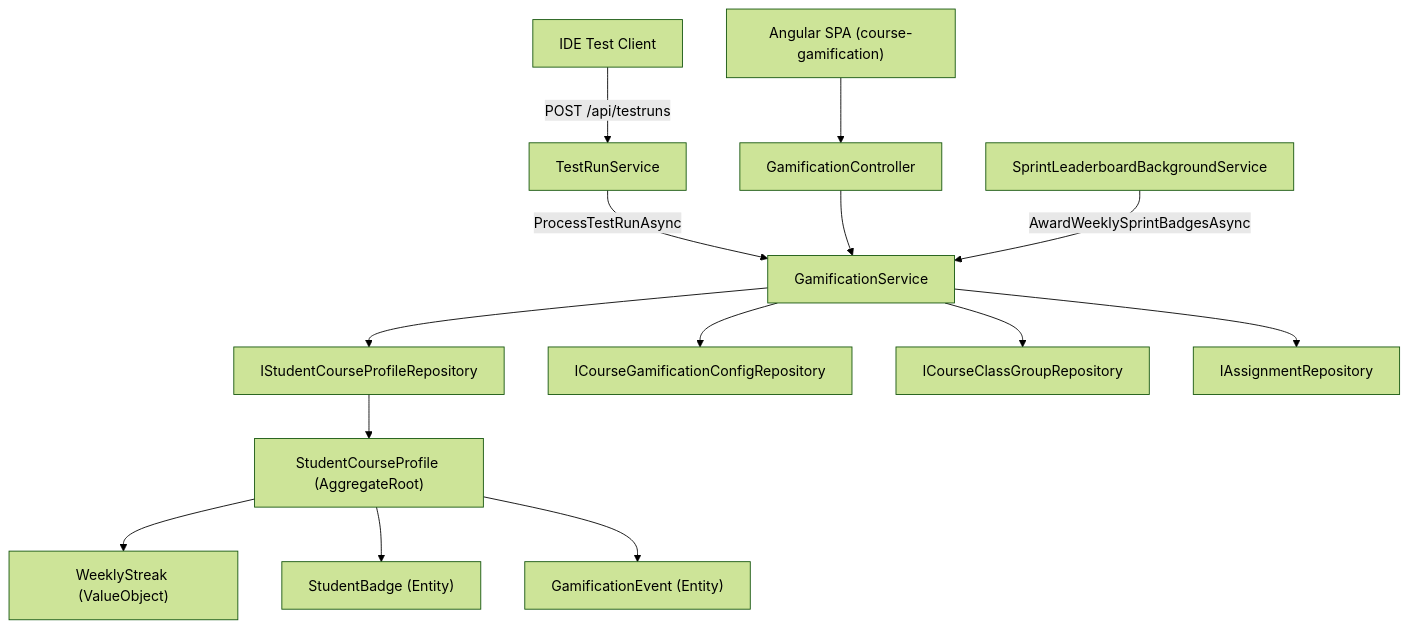
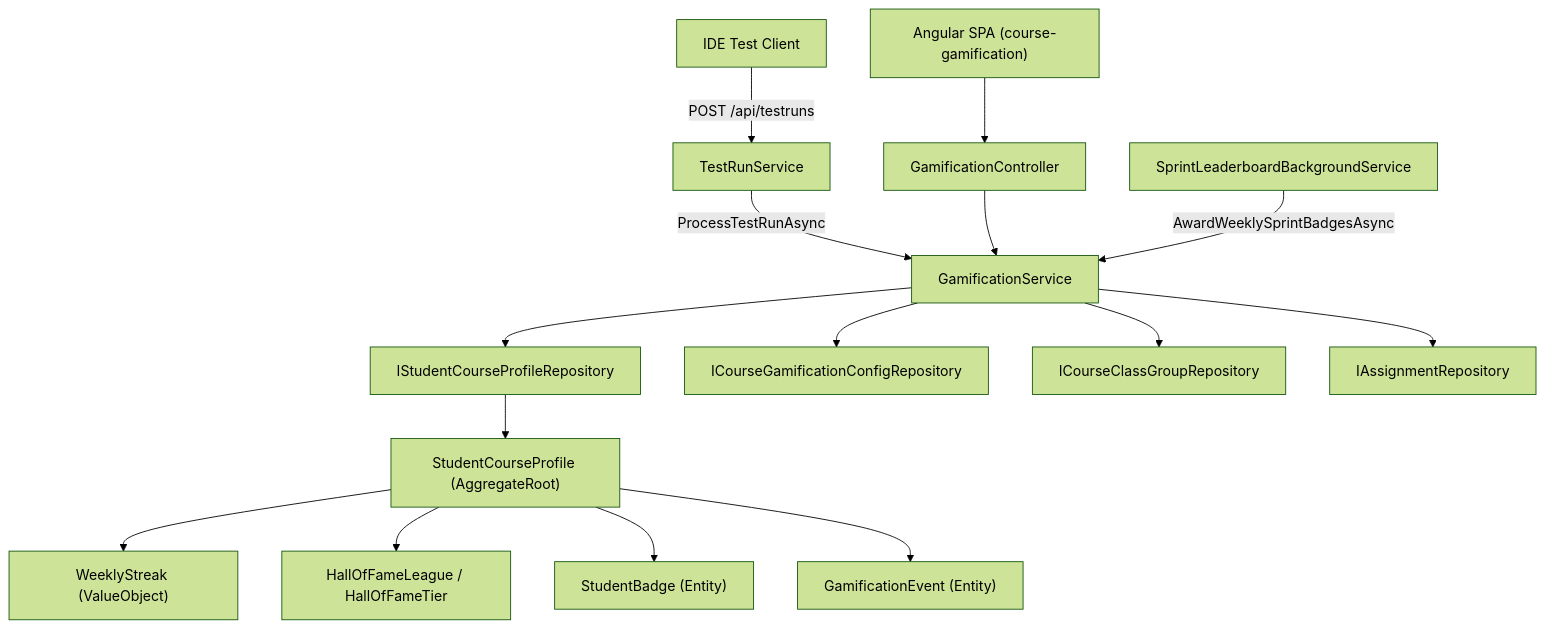
One commit to PXL-IT-NET/Guts changed the diagram in Backoffice/specs/002-gamification/design.md. Above: the diagram before and after it, drawn with Mermaid (forest theme). The commit also changed other lines of this file and 35 other files, not shown here.

````diff
--- a/Backoffice/specs/002-gamification/design.md
+++ b/Backoffice/specs/002-gamification/design.md
@@ -13,16 +13,17 @@
 ```mermaid
 flowchart TD
     IDE["IDE Test Client"] -->|POST /api/testruns| TRS["TestRunService"]
     TRS -->|ProcessTestRunAsync| GS["GamificationService"]
     SPA["Angular SPA (course-gamification)"] --> GC["GamificationController"]
     GC --> GS
     BG["SprintLeaderboardBackgroundService"] -->|AwardWeeklySprintBadgesAsync| GS
     GS --> SCPR["IStudentCourseProfileRepository"]
     GS --> CGCR["ICourseGamificationConfigRepository"]
     GS --> CCGR["ICourseClassGroupRepository"]
     GS --> AR["IAssignmentRepository"]
     SCPR --> SCP["StudentCourseProfile (AggregateRoot)"]
     SCP --> WS["WeeklyStreak (ValueObject)"]
+    SCP --> HOFL["HallOfFameLeague / HallOfFameTier"]
     SCP --> SB["StudentBadge (Entity)"]
     SCP --> GE["GamificationEvent (Entity)"]
 ```
````
